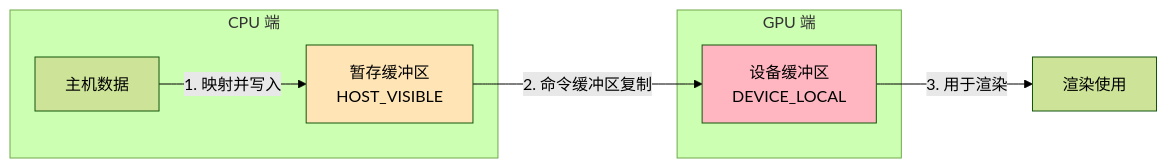
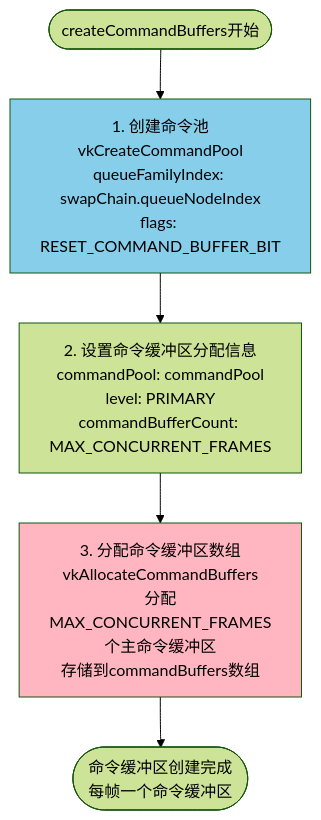
One commit to diandiandevelop/Vulkan changed diagram 16 of 23 in fenxi/Vulkan框架模型文档.md. Above: the diagram before and after it, drawn with Mermaid (forest theme). The commit also changed other lines of this file, not shown here.

````diff
--- a/fenxi/Vulkan框架模型文档.md
+++ b/fenxi/Vulkan框架模型文档.md
@@ -414,18 +1197,10 @@
 ```mermaid
-flowchart LR
-    subgraph "CPU 端"
-        HostData[主机数据]
-        StagingBuffer[暂存缓冲区<br/>HOST_VISIBLE]
-    end
+flowchart TD
+    Start([createCommandBuffers开始]) --> CreatePool[1. 创建命令池<br/>vkCreateCommandPool<br/>queueFamilyIndex: swapChain.queueNodeIndex<br/>flags: RESET_COMMAND_BUFFER_BIT]
+    CreatePool --> AllocInfo[2. 设置命令缓冲区分配信息<br/>commandPool: commandPool<br/>level: PRIMARY<br/>commandBufferCount: MAX_CONCURRENT_FRAMES]
+    AllocInfo --> AllocBuffers[3. 分配命令缓冲区数组<br/>vkAllocateCommandBuffers<br/>分配MAX_CONCURRENT_FRAMES个主命令缓冲区<br/>存储到commandBuffers数组]
+    AllocBuffers --> End([命令缓冲区创建完成<br/>每帧一个命令缓冲区])
     
-    subgraph "GPU 端"
-        DeviceBuffer[设备缓冲区<br/>DEVICE_LOCAL]
-    end
-    
-    HostData -->|1. 映射并写入| StagingBuffer
-    StagingBuffer -->|2. 命令缓冲区复制| DeviceBuffer
-    DeviceBuffer -->|3. 用于渲染| Render[渲染使用]
-    
-    style StagingBuffer fill:#FFE4B5
-    style DeviceBuffer fill:#FFB6C1
+    style CreatePool fill:#87CEEB
+    style AllocBuffers fill:#FFB6C1
 ```
````
